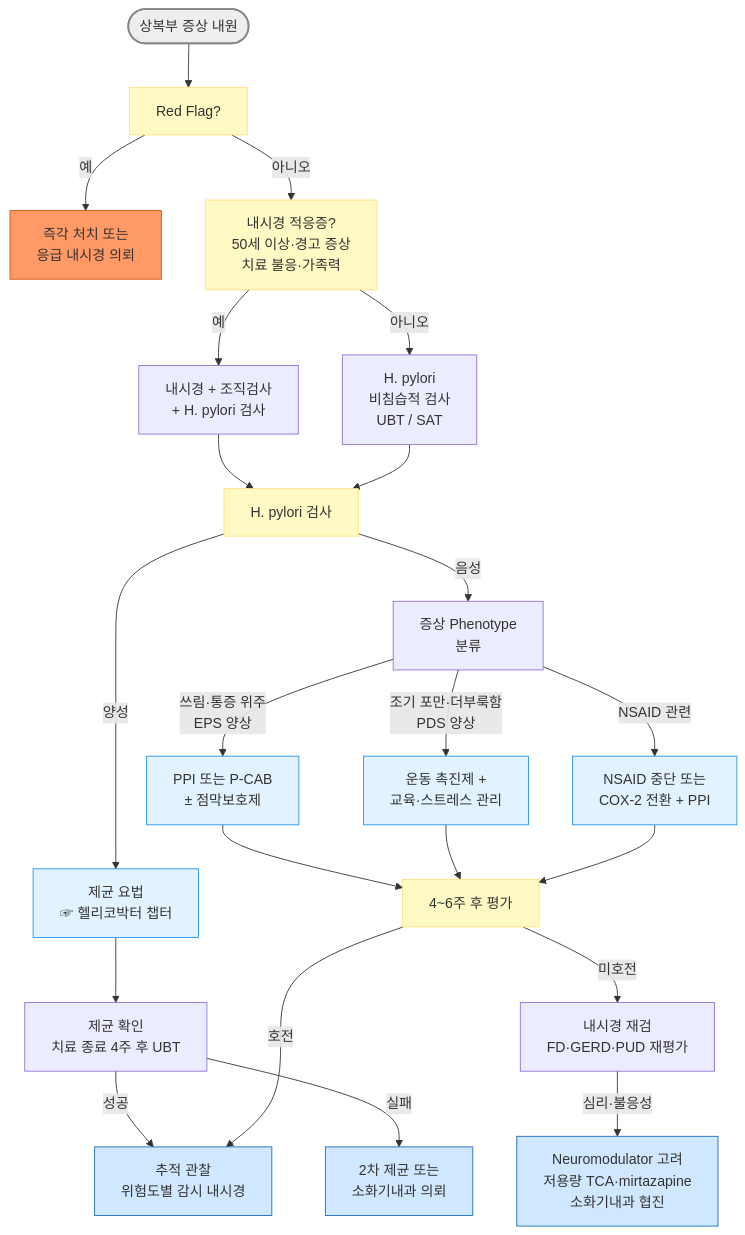
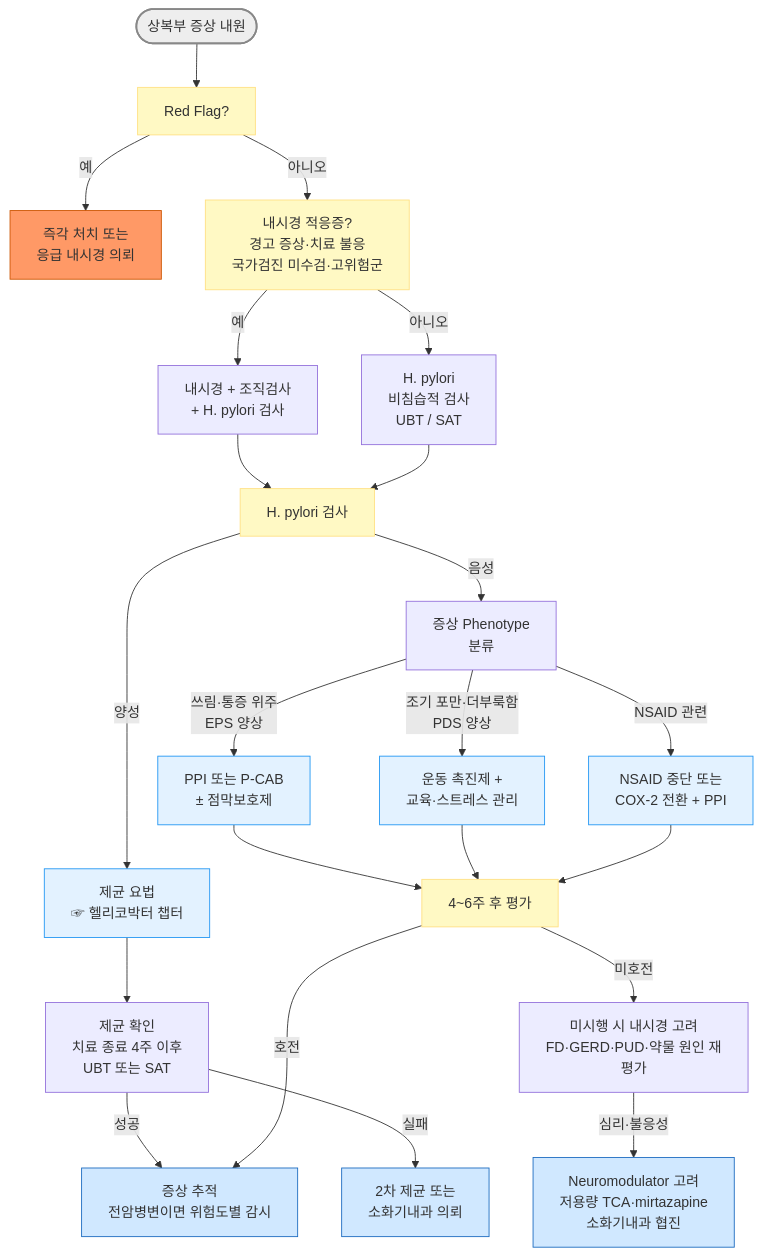
Before and after one commit to familyoh77/familyoh77: the diagram in 224_/078_-gastritis.md, drawn with Mermaid. The commit also changed other lines of this file and 15 other files, not shown here.

````diff
--- a/224_/078_-gastritis.md
+++ b/224_/078_-gastritis.md
@@ -152,51 +154,51 @@
 ```mermaid
 graph TD
     A([상복부 증상 내원])
     B[Red Flag?]
     C[즉각 처치 또는<br/>응급 내시경 의뢰]
-    D[내시경 적응증?<br/>50세 이상·경고 증상<br/>치료 불응·가족력]
+    D[내시경 적응증?<br/>경고 증상·치료 불응<br/>국가검진 미수검·고위험군]
     E[내시경 + 조직검사<br/>+ H. pylori 검사]
     F[H. pylori<br/>비침습적 검사<br/>UBT / SAT]
     G[H. pylori 검사 ]
     H[제균 요법<br/>☞ 헬리코박터 챕터]
     I[증상 Phenotype<br/>분류]
-    J[제균 확인<br/>치료 종료 4주 후 UBT]
-    K[추적 관찰<br/>위험도별 감시 내시경]
+    J[제균 확인<br/>치료 종료 4주 이후<br/>UBT 또는 SAT]
+    K[증상 추적<br/>전암병변이면 위험도별 감시]
     L[2차 제균 또는<br/>소화기내과 의뢰]
     M[PPI 또는 P-CAB<br/>± 점막보호제]
     N[운동 촉진제 + <br/>교육·스트레스 관리]
     O[NSAID 중단 또는<br/>COX-2 전환 + PPI]
     P[4~6주 후 평가]
-    Q[내시경 재검<br/>FD·GERD·PUD 재평가]
+    Q[미시행 시 내시경 고려<br/>FD·GERD·PUD·약물 원인 재평가]
     R[Neuromodulator 고려<br/>저용량 TCA·mirtazapine<br/>소화기내과 협진]
 
     A --> B
     B -->|예| C
     B -->|아니오| D
     D -->|예| E
     D -->|아니오| F
     E --> G
     F --> G
     G ---->|양성| H
     G -->|음성| I
     H --> J
     J -->|성공| K
     J -->|실패| L
     I -->|쓰림·통증 위주<br/>EPS 양상| M
     I -->|조기 포만·더부룩함<br/>PDS 양상| N
     I -->|NSAID 관련| O
     M --> P
     N --> P
     O --> P
     P -->|호전| K
     P -->|미호전| Q
     Q -->|심리·불응성| R
 style A fill:#eeeeee,stroke:#888888,stroke-width:2px
 classDef yellow fill:#fff9c4,stroke:#ffe082
 class B,D,G,P yellow
 classDef sky fill:#e3f2ff,stroke:#2196f3
 class H,M,N,O sky
 classDef blue fill:#d0e8ff,stroke:#1a6abf
 class K,L,R blue
     style C fill:#ff9966,stroke:#cc5500
 ```
````
